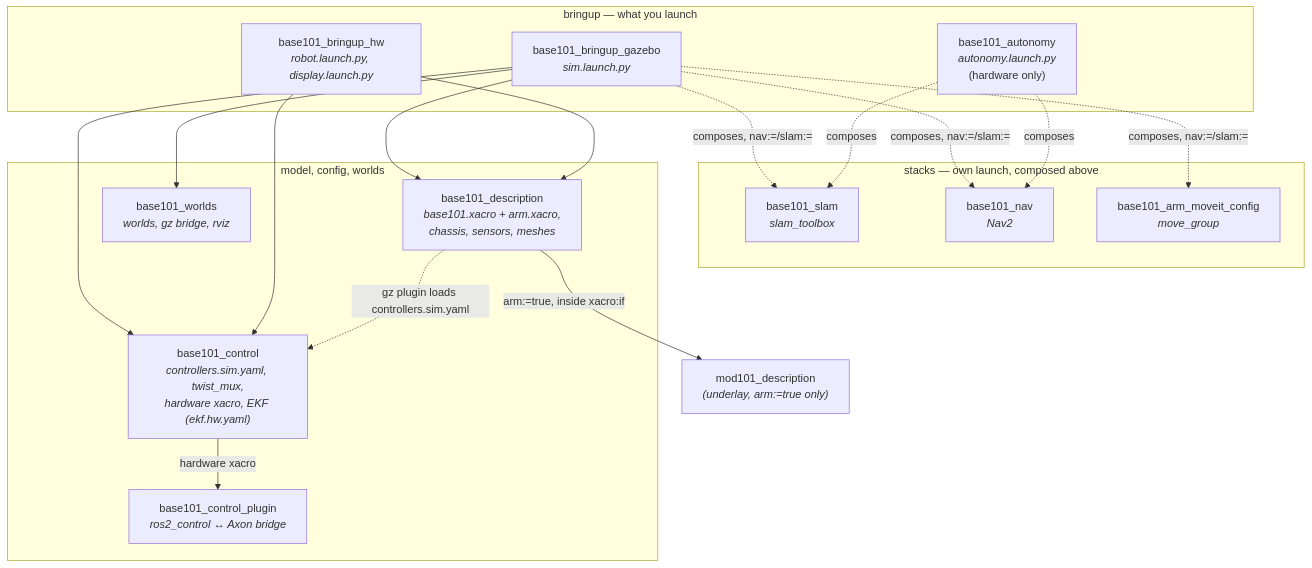
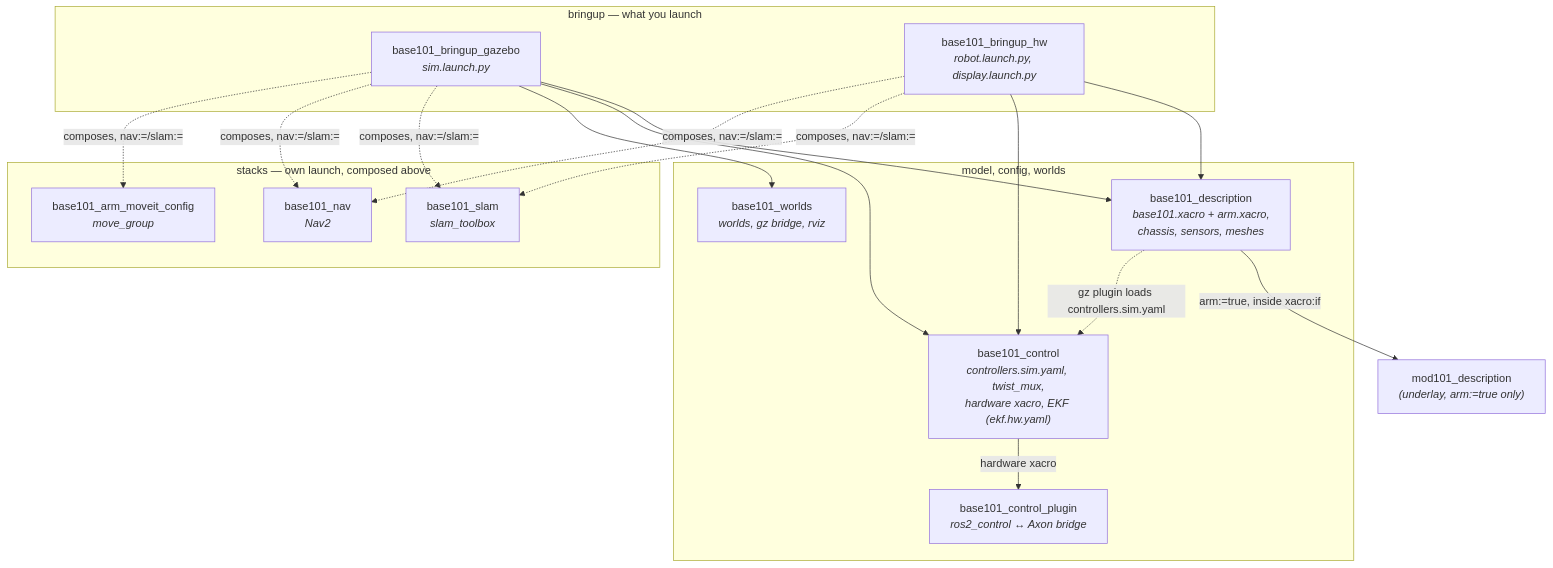
The diagram in README.md (robocore-labs/base101), drawn with Mermaid before and after one commit. The commit also changed other lines of this file and 315 other files, not shown here.

````diff
--- a/README.md
+++ b/README.md
@@ -279,32 +280,31 @@
 ```mermaid
 graph TD
     subgraph bringup["bringup — what you launch"]
         SIM["base101_bringup_gazebo<br/><i>sim.launch.py</i>"]
         HW["base101_bringup_hw<br/><i>robot.launch.py, display.launch.py</i>"]
-        AUTO["base101_autonomy<br/><i>autonomy.launch.py</i><br/>(hardware only)"]
     end
 
     subgraph stacks["stacks — own launch, composed above"]
         SLAM["base101_slam<br/><i>slam_toolbox</i>"]
         NAV["base101_nav<br/><i>Nav2</i>"]
         MOVEIT["base101_arm_moveit_config<br/><i>move_group</i>"]
     end
 
     subgraph model["model, config, worlds"]
         DESC["base101_description<br/><i>base101.xacro + arm.xacro,<br/>chassis, sensors, meshes</i>"]
         CTRL["base101_control<br/><i>controllers.sim.yaml, twist_mux,<br/>hardware xacro, EKF (ekf.hw.yaml)</i>"]
         PLUGIN["base101_control_plugin<br/><i>ros2_control ↔ Axon bridge</i>"]
         GZ["base101_worlds<br/><i>worlds, gz bridge, rviz</i>"]
     end
 
     MOD["mod101_description<br/><i>(underlay, arm:=true only)</i>"]
 
     SIM --> DESC & CTRL & GZ
     HW  --> DESC & CTRL
     SIM -.->|composes, nav:=/slam:=| SLAM & NAV & MOVEIT
-    AUTO -.->|composes| SLAM & NAV
+    HW  -.->|composes, nav:=/slam:=| SLAM & NAV
 
     DESC -->|arm:=true, inside xacro:if| MOD
     CTRL -->|hardware xacro| PLUGIN
     DESC -.->|gz plugin loads controllers.sim.yaml| CTRL
 ```
````
